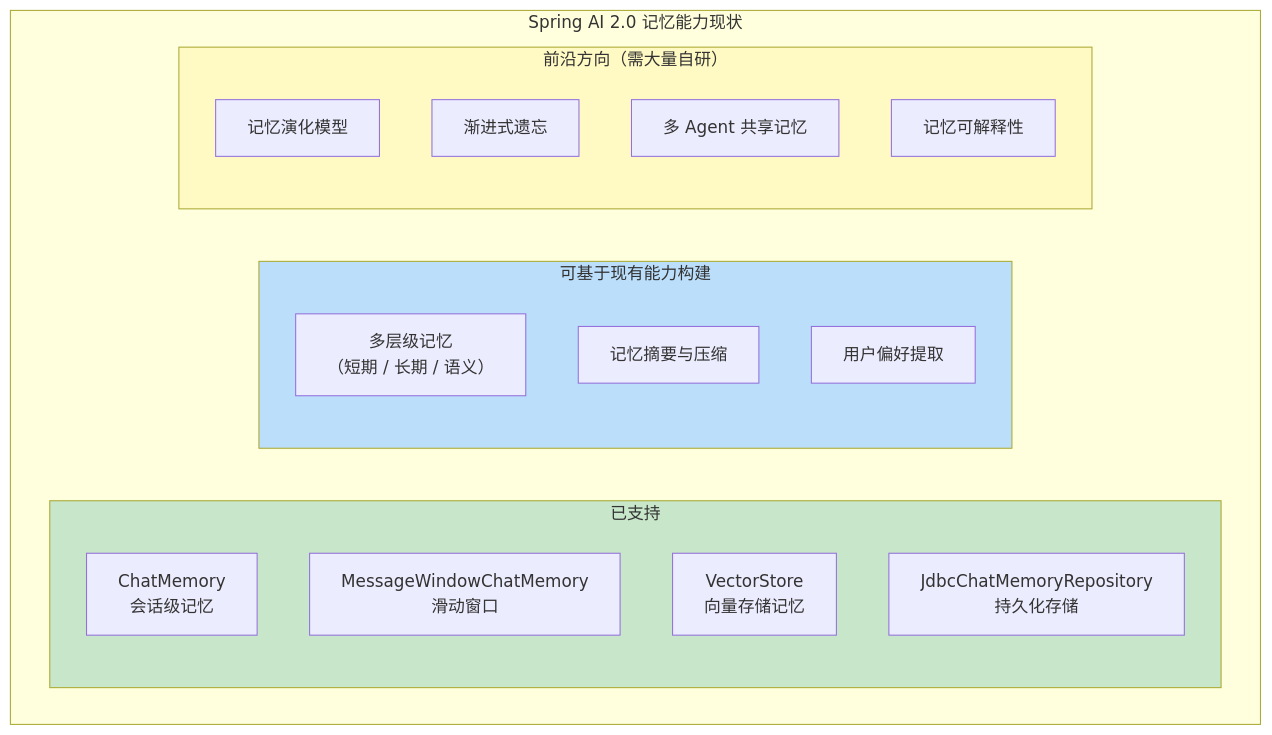
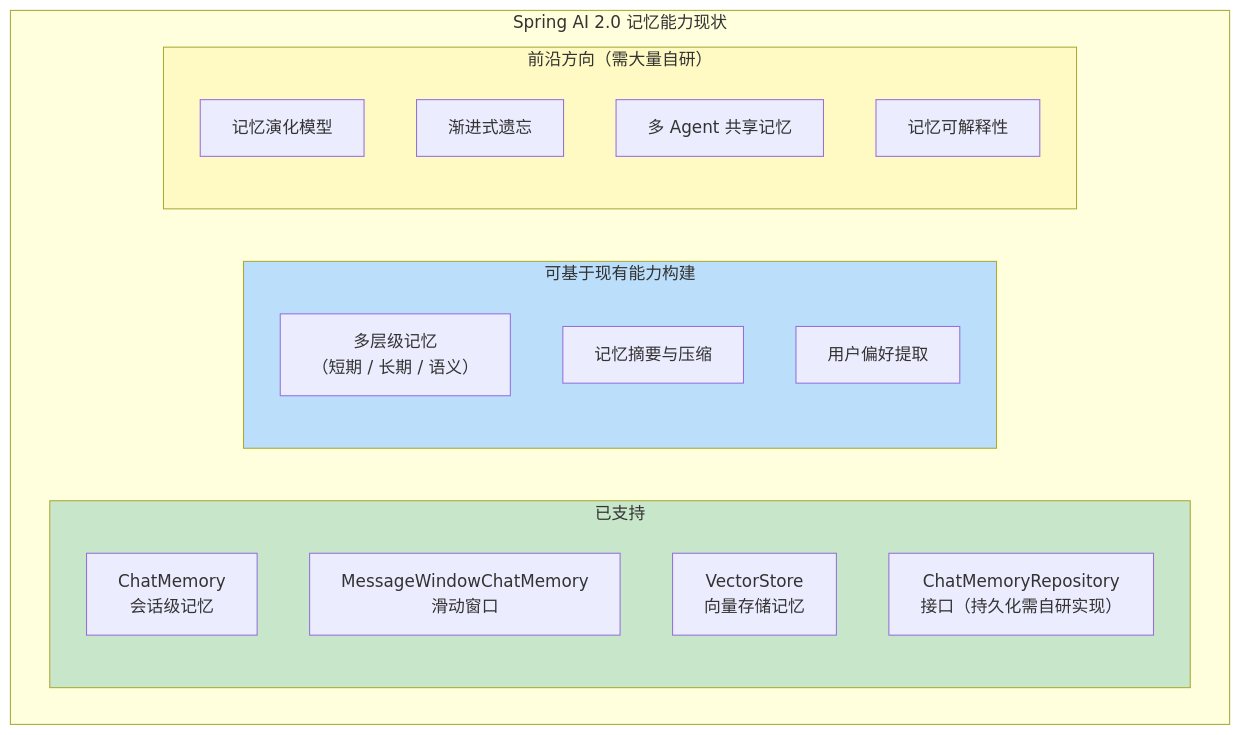
Diagram 18 of 20 in docs/前沿/05-Agent记忆前沿.md (UranusGit/java-agent-learn), drawn with Mermaid before and after one commit. The commit also changed other lines of this file and 244 other files, not shown here.

````diff
--- a/docs/前沿/05-Agent记忆前沿.md
+++ b/docs/前沿/05-Agent记忆前沿.md
@@ -727,28 +732,28 @@
 ```mermaid
 graph TB
     subgraph 当前能力["Spring AI 2.0 记忆能力现状"]
         subgraph 已支持["已支持"]
             C1["ChatMemory<br/>会话级记忆"]
             C2["MessageWindowChatMemory<br/>滑动窗口"]
             C3["VectorStore<br/>向量存储记忆"]
-            C4["JdbcChatMemoryRepository<br/>持久化存储"]
+            C4["ChatMemoryRepository<br/>接口（持久化需自研实现）"]
         end
 
         subgraph 可构建["可基于现有能力构建"]
             C5["多层级记忆<br/>（短期 / 长期 / 语义）"]
             C6["记忆摘要与压缩"]
             C7["用户偏好提取"]
         end
 
         subgraph 前沿方向["前沿方向（需大量自研）"]
             C8["记忆演化模型"]
             C9["渐进式遗忘"]
             C10["多 Agent 共享记忆"]
             C11["记忆可解释性"]
         end
     end
 
     style 已支持 fill:#c8e6c9
     style 可构建 fill:#bbdefb
     style 前沿方向 fill:#fff9c4
 ```
````
